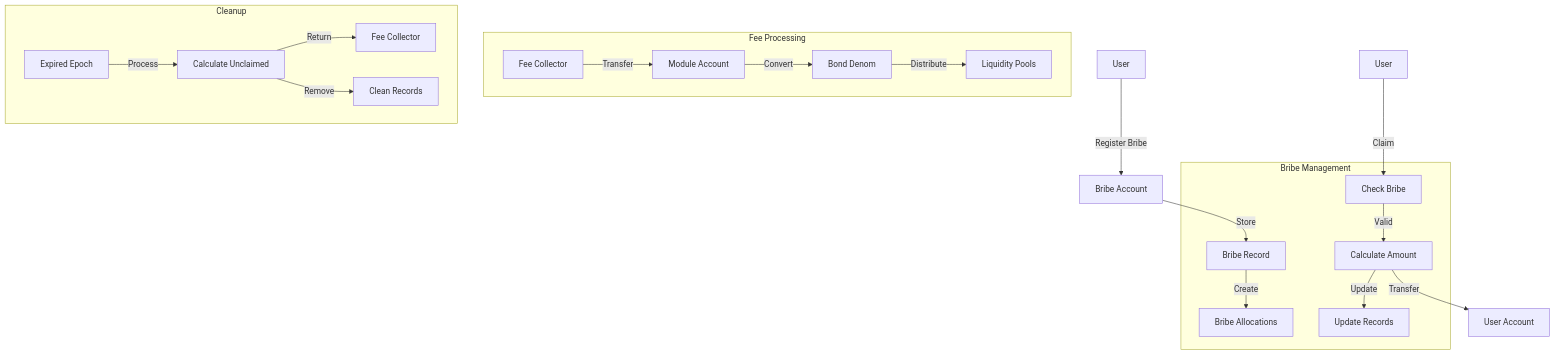
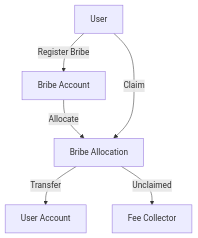
Before and after one commit to sunriselayer/gitbook: the diagram in learn/sunrise/bribes.md, drawn with Mermaid. The commit also changed other lines of this file, not shown here.

Commit message:
fix: content in bribe

````diff
--- a/learn/sunrise/bribes.md
+++ b/learn/sunrise/bribes.md
@@ -135,41 +135,8 @@
 ```mermaid
 flowchart TD
-    A[User] -->|Register Bribe| B[Bribe Account]
-    B -->|Store| C[Bribe Record]
-    C -->|Create| D[Bribe Allocations]
-    
-    E[Fee Collector] -->|Transfer| F[Module Account]
-    F -->|Convert| G[Bond Denom]
-    G -->|Distribute| H[Liquidity Pools]
-    
-    I[User] -->|Claim| J[Check Bribe]
-    J -->|Valid| K[Calculate Amount]
-    K -->|Transfer| L[User Account]
-    K -->|Update| M[Update Records]
-    
-    N[Expired Epoch] -->|Process| O[Calculate Unclaimed]
-    O -->|Return| P[Fee Collector]
-    O -->|Remove| Q[Clean Records]
-    
-    subgraph Bribe Management
-        C
-        D
-        J
-        K
-        M
-    end
-    
-    subgraph Fee Processing
-        E
-        F
-        G
-        H
-    end
-    
-    subgraph Cleanup
-        N
-        O
-        P
-        Q
-    end
+    User[User] -->|Register Bribe| BribeAccount[Bribe Account]
+    BribeAccount -->|Allocate| Allocation[Bribe Allocation]
+    User -->|Claim| Allocation
+    Allocation -->|Transfer| UserAccount[User Account]
+    Allocation -->|Unclaimed| FeeCollector[Fee Collector]
 ```
````
